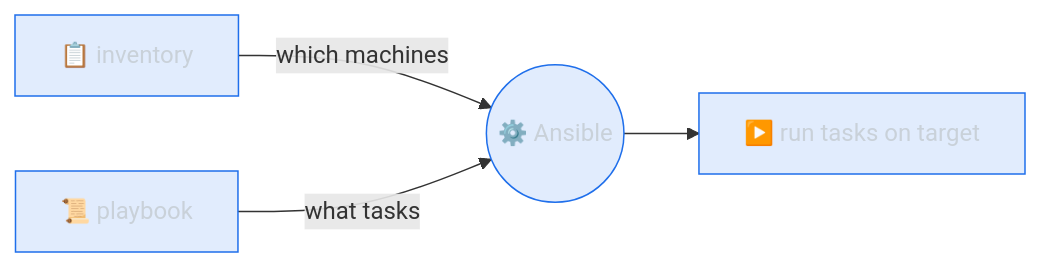
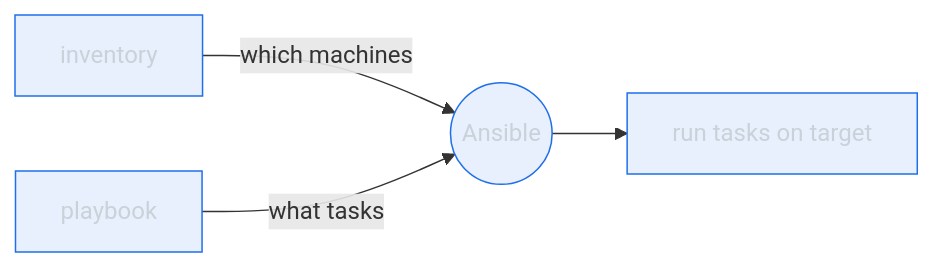
The second of 2 diagrams in README.md (r97221004/ansible-tutorial), drawn with Mermaid before and after one commit. The commit also changed other lines of this file, not shown here.

First line of the commit message:
docs: clean up Mermaid diagrams for accuracy and portability

````diff
--- a/README.md
+++ b/README.md
@@ -207,9 +202,9 @@
 ```mermaid
 flowchart LR
-    inv["📋 inventory"] -- "which machines" --> ans(("⚙️ Ansible"))
-    pb["📜 playbook"] -- "what tasks" --> ans
-    ans --> run["▶️ run tasks on target"]
+    inv["inventory"] -- "which machines" --> ans(("Ansible"))
+    pb["playbook"] -- "what tasks" --> ans
+    ans --> run["run tasks on target"]
 
-    classDef node fill:#1f6feb22,stroke:#1f6feb,stroke-width:1px,color:#c9d1d9;
+    classDef node fill:#1f6feb1a,stroke:#1f6feb,stroke-width:1px,color:#c9d1d9;
     class inv,pb,ans,run node;
 ```
````
